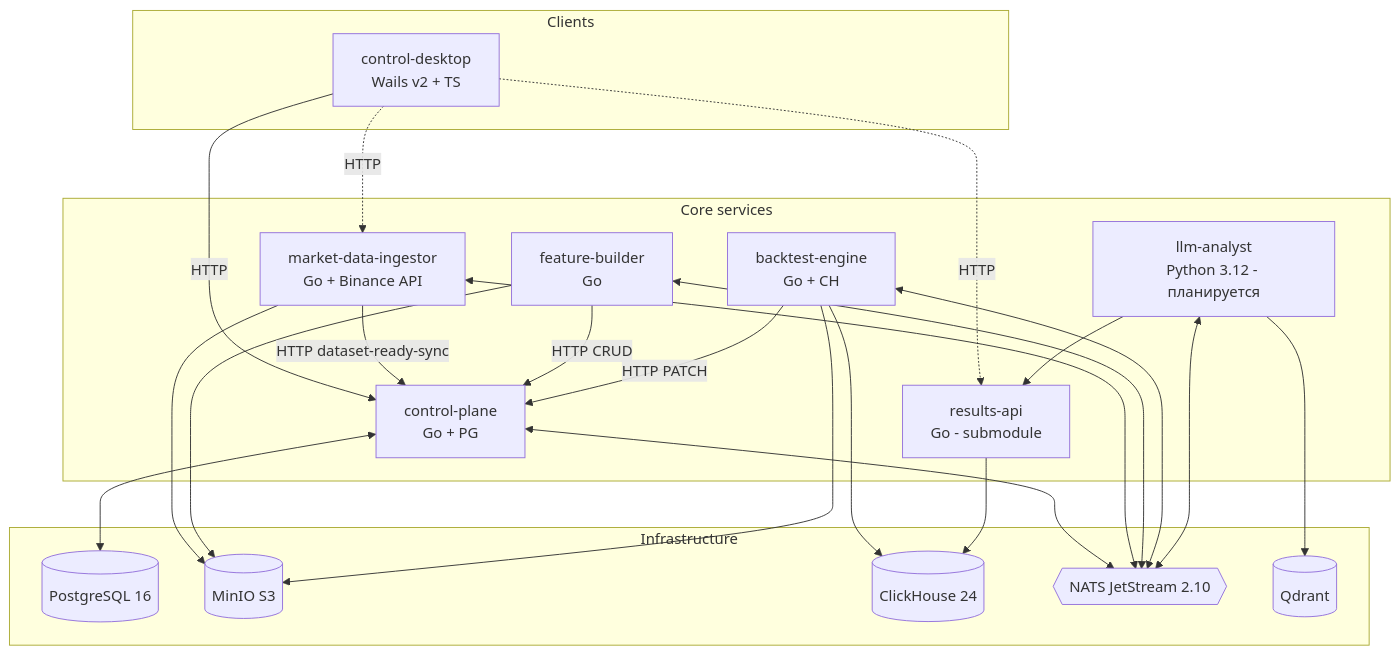
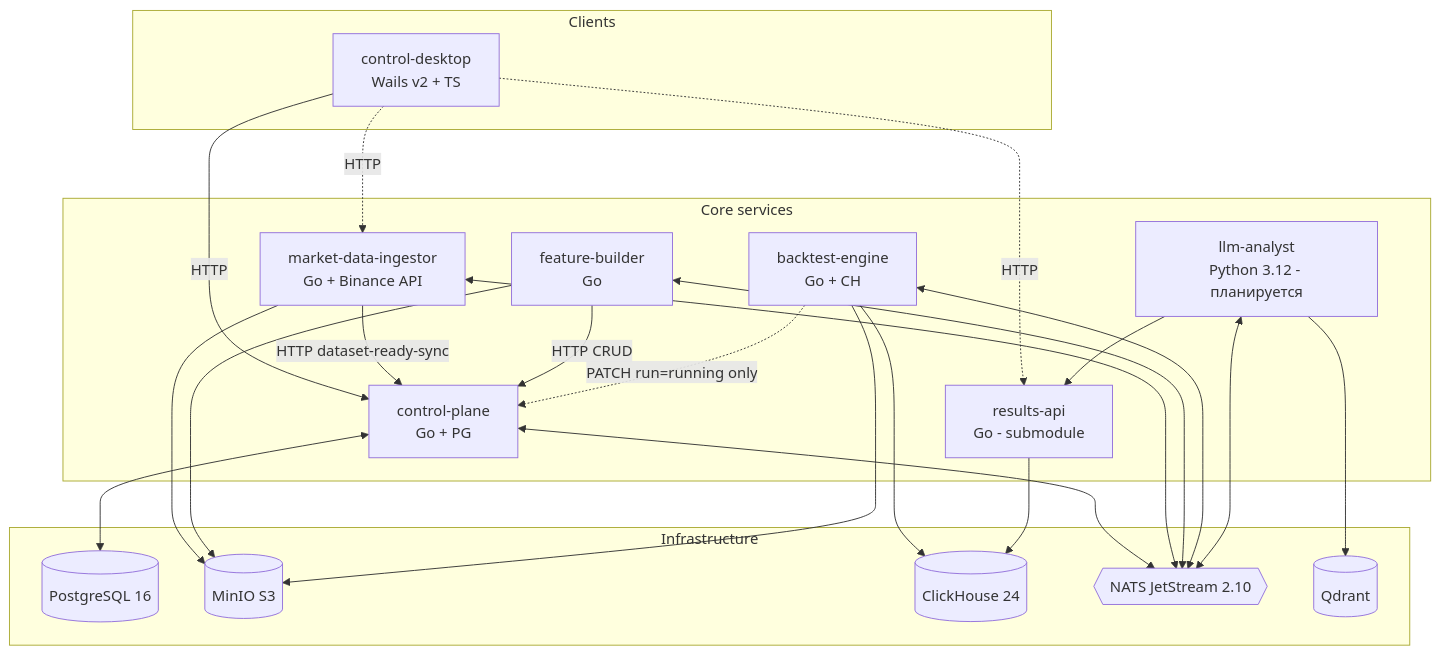
One commit to Algorhythm-LLC/Algorhythm changed the second of 4 diagrams in docs/project-spec.md. Above: the diagram before and after it, drawn with Mermaid. The commit also changed other lines of this file and 4 other files, not shown here.

First line of the commit message:
docs: align project-spec registry and roadmap; add Canvas status hub

````diff
--- a/docs/project-spec.md
+++ b/docs/project-spec.md
@@ -73,48 +73,48 @@
 ```mermaid
 flowchart TD
   subgraph clients [Clients]
     desktop[control-desktop<br/>Wails v2 + TS]
   end
 
   subgraph core [Core services]
     cp[control-plane<br/>Go + PG]
     mdi[market-data-ingestor<br/>Go + Binance API]
     fb[feature-builder<br/>Go]
     bt[backtest-engine<br/>Go + CH]
     results[results-api<br/>Go - submodule]
     llm[llm-analyst<br/>Python 3.12 - планируется]
   end
 
   subgraph infra [Infrastructure]
     pg[(PostgreSQL 16)]
     minio[(MinIO S3)]
     ch[(ClickHouse 24)]
     nats{{NATS JetStream 2.10}}
     qdrant[(Qdrant)]
   end
 
   desktop -- HTTP --> cp
   desktop -. HTTP .-> mdi
   desktop -. HTTP .-> results
 
   cp <--> pg
   cp <--> nats
 
   mdi --> minio
   mdi <--> nats
   mdi -- HTTP dataset-ready-sync --> cp
 
   fb --> minio
   fb <--> nats
   fb -- HTTP CRUD --> cp
 
   bt --> minio
   bt --> ch
   bt <--> nats
-  bt -- HTTP PATCH --> cp
+  bt -. PATCH run=running only .-> cp
 
   results --> ch
   llm --> results
   llm --> qdrant
   llm <--> nats
 ```
````
